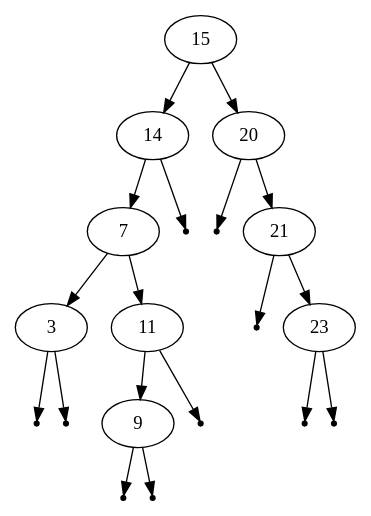
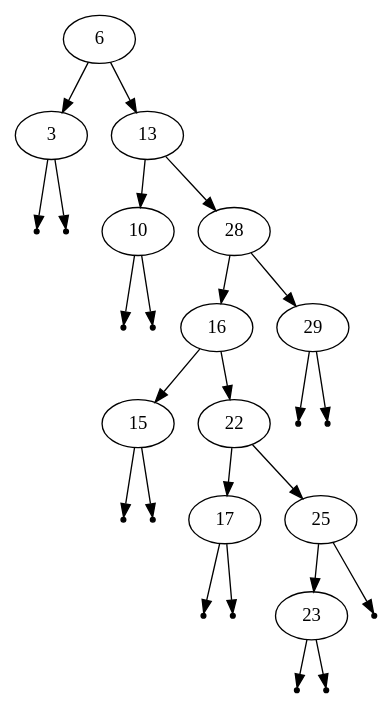
One commit to psuet/rwth-progra-ws16 changed the diagram in u07/code/t1.dot. Above: the diagram before and after it, drawn with Graphviz. The commit also changed 4 other files, not shown here.

```diff
--- a/u07/code/t1.dot
+++ b/u07/code/t1.dot
@@ -1,31 +1,40 @@
 digraph {
 graph [ordering="out"];
-15 -> 14;
-14 -> 7;
-7 -> 3;
+6 -> 3;
 null0[shape=point]
 3 -> null0;
 null1[shape=point]
 3 -> null1;
-7 -> 11;
-11 -> 9;
+6 -> 13;
+13 -> 10;
 null2[shape=point]
-9 -> null2;
+10 -> null2;
 null3[shape=point]
-9 -> null3;
+10 -> null3;
+13 -> 28;
+28 -> 16;
+16 -> 15;
 null4[shape=point]
-11 -> null4;
+15 -> null4;
 null5[shape=point]
-14 -> null5;
-15 -> 20;
+15 -> null5;
+16 -> 22;
+22 -> 17;
 null6[shape=point]
-20 -> null6;
-20 -> 21;
+17 -> null6;
 null7[shape=point]
-21 -> null7;
-21 -> 23;
+17 -> null7;
+22 -> 25;
+25 -> 23;
 null8[shape=point]
 23 -> null8;
 null9[shape=point]
 23 -> null9;
+null10[shape=point]
+25 -> null10;
+28 -> 29;
+null11[shape=point]
+29 -> null11;
+null12[shape=point]
+29 -> null12;
 }
```
